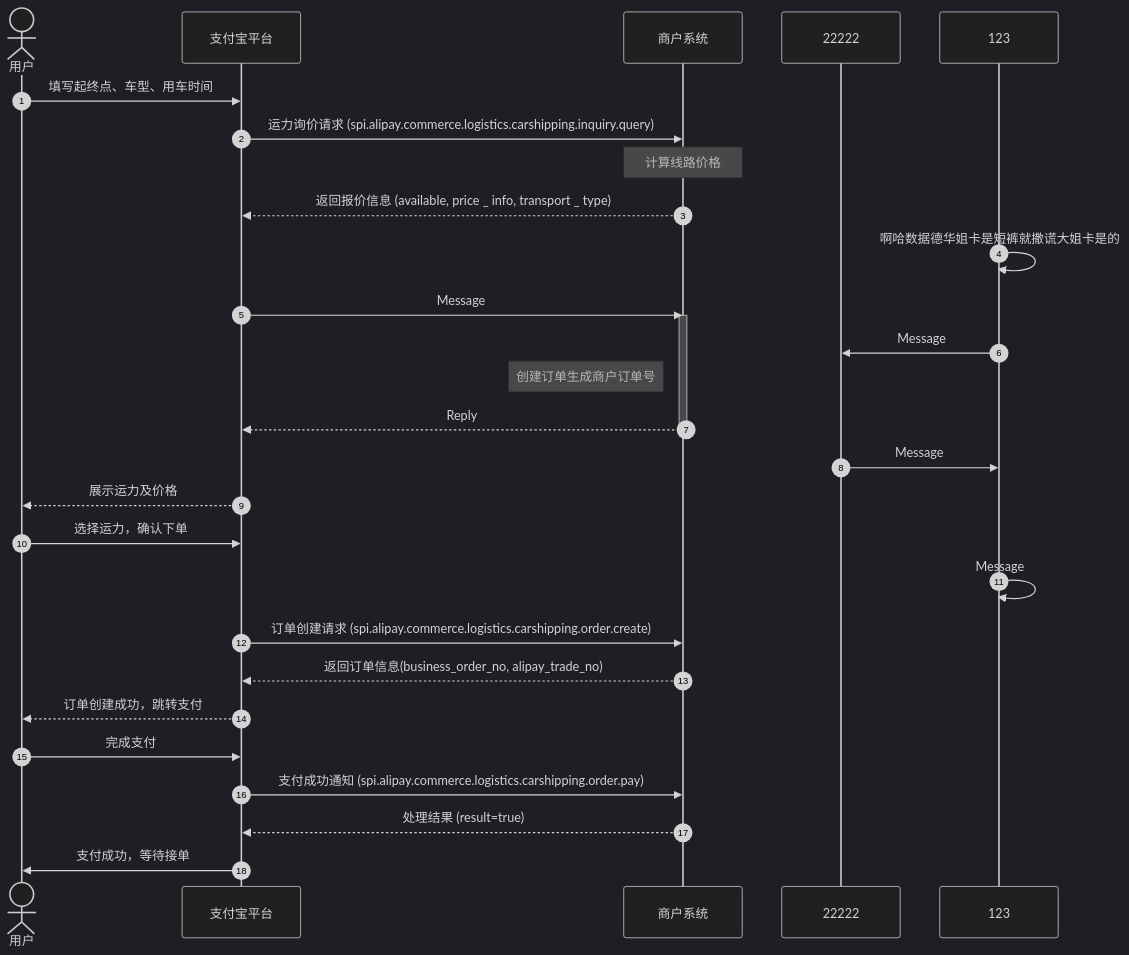
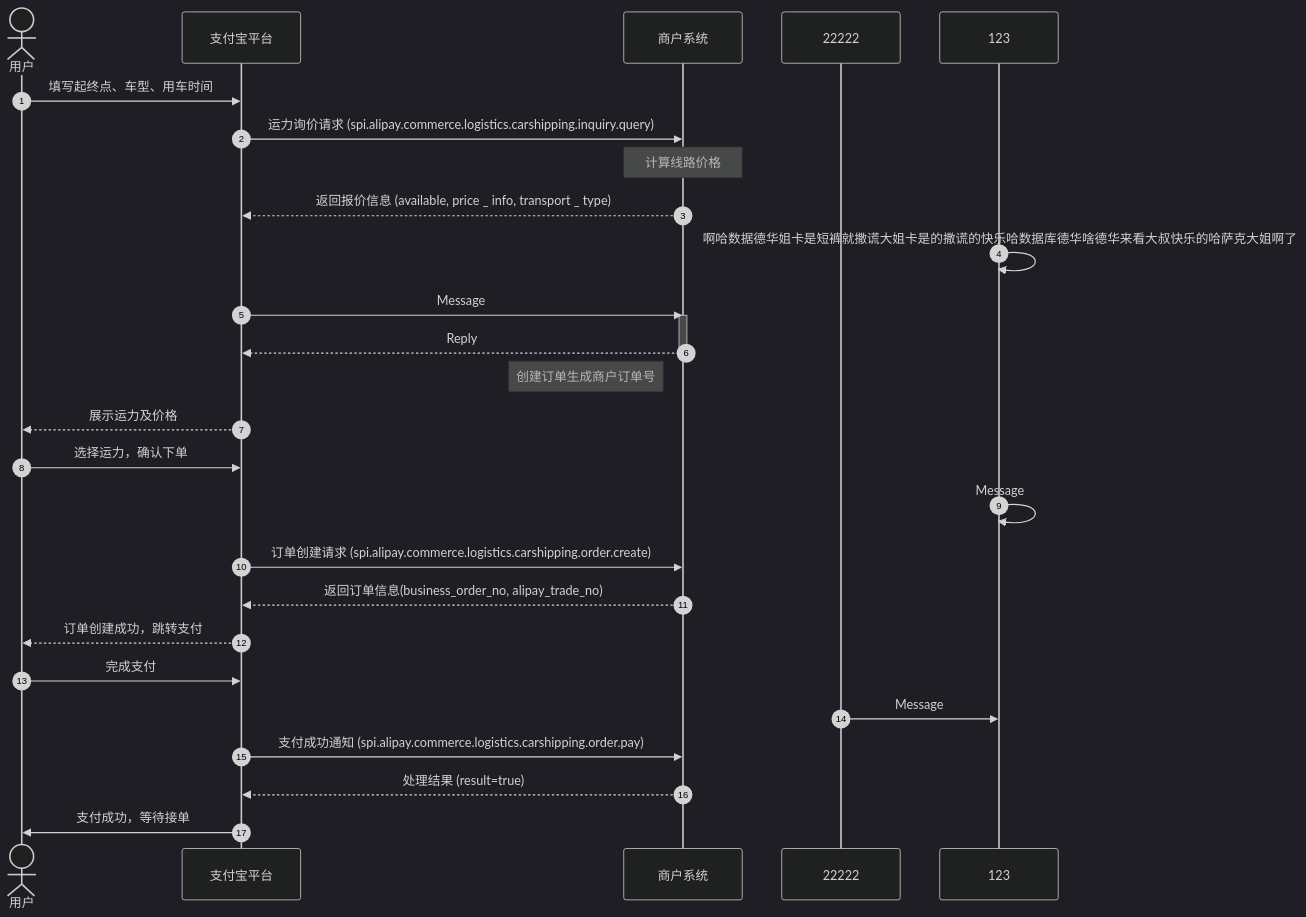
Before and after one commit to pingpm/mermaid_vault: the diagram in notes/test_dba1b258-be6a-414c-9967-aedbcccfa44f.md, drawn with Mermaid (dark theme). The commit also changed 2 other files, not shown here.

Commit message:
Sync Mermaid Studio data (8 diagrams)

````diff
--- a/notes/test_dba1b258-be6a-414c-9967-aedbcccfa44f.md
+++ b/notes/test_dba1b258-be6a-414c-9967-aedbcccfa44f.md
@@ -3,32 +3,31 @@
 ```mermaid
 sequenceDiagram
   autonumber
   actor p0 as 用户
   participant p1 as 支付宝平台
   participant p2 as 商户系统
   participant p3 as 22222
   participant p4 as 123
   p0->>p1: 填写起终点、⻋型、⽤⻋时间
   p1->>p2: 运⼒询价请求 (spi.alipay.commerce.logistics.carshipping.inquiry.query)
   Note over p2: 计算线路价格
   p2-->>p1: 返回报价信息 (available, price _ info, transport _ type)
-  p4->>p4: 啊哈数据德华姐卡是短裤就撒谎大姐卡是的
+  p4->>p4: 啊哈数据德华姐卡是短裤就撒谎大姐卡是的撒谎的快乐哈数据库德华啥德华来看大叔快乐的哈萨克大姐啊了
   p1->>p2: Message
   activate p2
-  p4->>p3: Message
-  Note left of p2: 创建订单⽣成商户订单号
   p2-->>p1: Reply
   deactivate p2
-  p3->>p4: Message
+  Note left of p2: 创建订单⽣成商户订单号
   p1-->>p0: 展示运⼒及价格
   p0->>p1: 选择运⼒，确认下单
   p4->>p4: Message
   p1->>p2: 订单创建请求 (spi.alipay.commerce.logistics.carshipping.order.create)
   p2-->>p1: 返回订单信息(business_order_no, alipay_trade_no)
   p1-->>p0: 订单创建成功，跳转⽀付
   p0->>p1: 完成⽀付
+  p3->>p4: Message
   p1->>p2: ⽀付成功通知 (spi.alipay.commerce.logistics.carshipping.order.pay)
   p2-->>p1: 处理结果 (result=true)
   p1->>p0: ⽀付成功，等待接单
 
 ```
````
